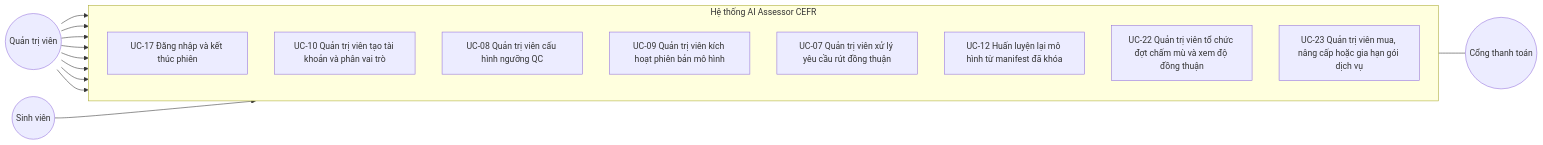
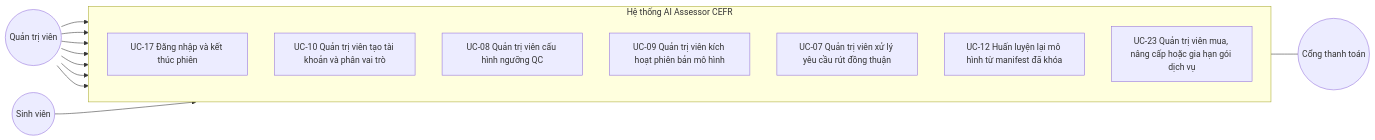
One commit to ThanhSangLouis/ai-assessor-cefr changed the third of 11 diagrams in docs/sdd/SDD.md. Above: the diagram before and after it, drawn with Mermaid. The commit also changed other lines of this file and 106 other files, not shown here.

````diff
--- a/docs/sdd/SDD.md
+++ b/docs/sdd/SDD.md
@@ -289,32 +287,30 @@
 ```mermaid
 %% So do use case 1c: tac nhan Quan tri vien
 %% Ma va ten use case lay NGUYEN VAN tu bang SRS muc 4.1 -- khong tu dat so.
 %% Day la so do THIET KE: mo ta he thong PHAI LAM GI, khong phai tien do.
 flowchart LR
     QT(("Quản trị viên"))
     SV(("Sinh viên"))
     CTT(("Cổng thanh toán"))
 
     subgraph SYS["Hệ thống AI Assessor CEFR"]
         direction TB
         UC17["UC-17 Đăng nhập và kết thúc phiên"]
         UC10["UC-10 Quản trị viên tạo tài khoản và phân vai trò"]
         UC08["UC-08 Quản trị viên cấu hình ngưỡng QC"]
         UC09["UC-09 Quản trị viên kích hoạt phiên bản mô hình"]
         UC07["UC-07 Quản trị viên xử lý yêu cầu rút đồng thuận"]
         UC12["UC-12 Huấn luyện lại mô hình từ manifest đã khóa"]
-        UC22["UC-22 Quản trị viên tổ chức đợt chấm mù và xem độ đồng thuận"]
         UC23["UC-23 Quản trị viên mua, nâng cấp hoặc gia hạn gói dịch vụ"]
     end
 
     QT --> UC17
     QT --> UC10
     QT --> UC08
     QT --> UC09
     QT --> UC07
     QT --> UC12
-    QT --> UC22
     QT --> UC23
     SV --> UC07
     UC23 --- CTT
 ```
````
